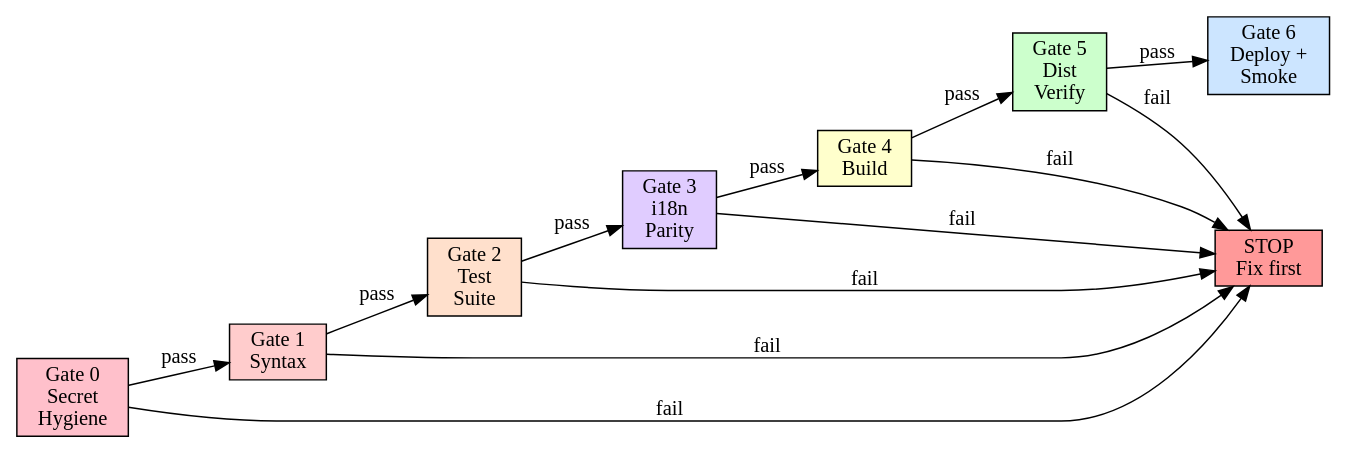
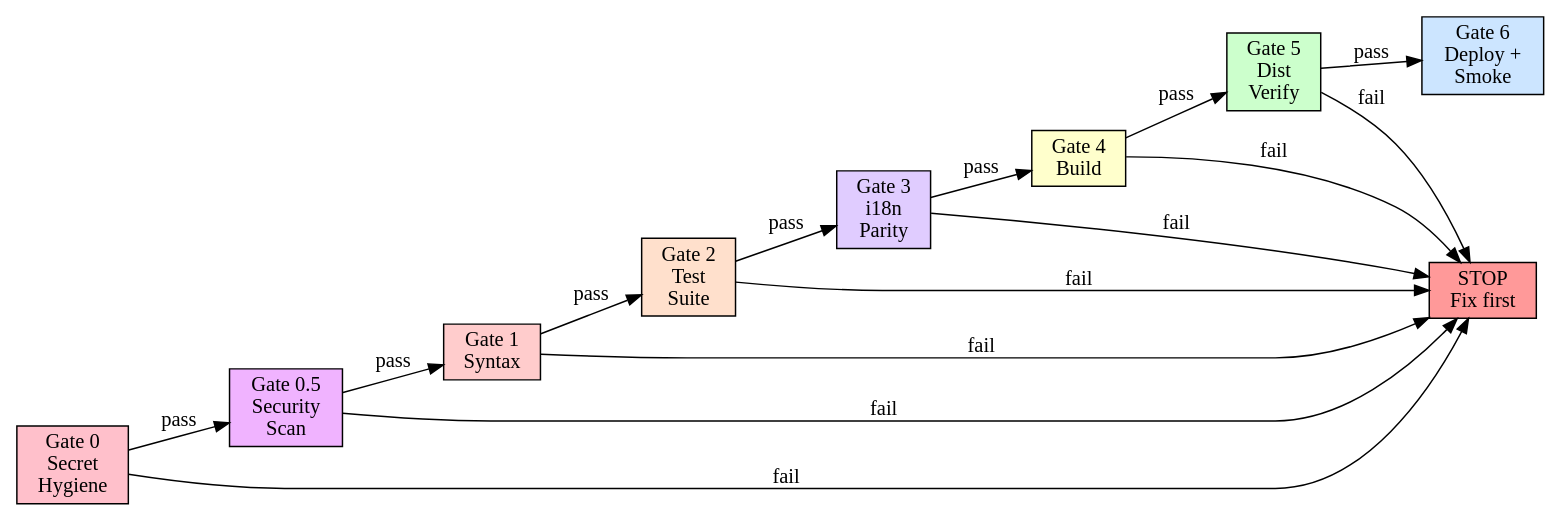
The diagram in skills/cm-safe-deploy/SKILL.md (tody-agent/codymaster), drawn with Graphviz before and after one commit. The commit also changed other lines of this file and 5 other files, not shown here.

````diff
--- a/skills/cm-safe-deploy/SKILL.md
+++ b/skills/cm-safe-deploy/SKILL.md
@@ -36,26 +36,29 @@
 ```dot
 digraph pipeline {
     rankdir=LR;
     gate0 [label="Gate 0\nSecret\nHygiene", shape=box, style=filled, fillcolor="#ffc0cb"];
+    gate05 [label="Gate 0.5\nSecurity\nScan", shape=box, style=filled, fillcolor="#f0b3ff"];
     gate1 [label="Gate 1\nSyntax", shape=box, style=filled, fillcolor="#ffcccc"];
     gate2 [label="Gate 2\nTest\nSuite", shape=box, style=filled, fillcolor="#ffe0cc"];
     gate3 [label="Gate 3\ni18n\nParity", shape=box, style=filled, fillcolor="#e0ccff"];
     gate4 [label="Gate 4\nBuild", shape=box, style=filled, fillcolor="#ffffcc"];
     gate5 [label="Gate 5\nDist\nVerify", shape=box, style=filled, fillcolor="#ccffcc"];
     gate6 [label="Gate 6\nDeploy +\nSmoke", shape=box, style=filled, fillcolor="#cce5ff"];
     fail [label="STOP\nFix first", shape=box, style=filled, fillcolor="#ff9999"];
 
-    gate0 -> gate1 [label="pass"];
+    gate0 -> gate05 [label="pass"];
     gate0 -> fail [label="fail"];
+    gate05 -> gate1 [label="pass"];
+    gate05 -> fail [label="fail"];
     gate1 -> gate2 [label="pass"];
     gate1 -> fail [label="fail"];
     gate2 -> gate3 [label="pass"];
     gate2 -> fail [label="fail"];
     gate3 -> gate4 [label="pass"];
     gate3 -> fail [label="fail"];
     gate4 -> gate5 [label="pass"];
     gate4 -> fail [label="fail"];
     gate5 -> gate6 [label="pass"];
     gate5 -> fail [label="fail"];
 }
 ```
````
